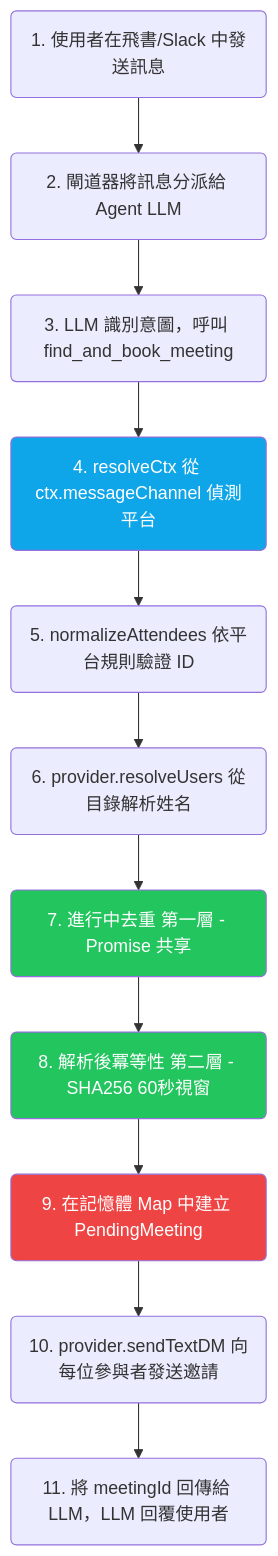
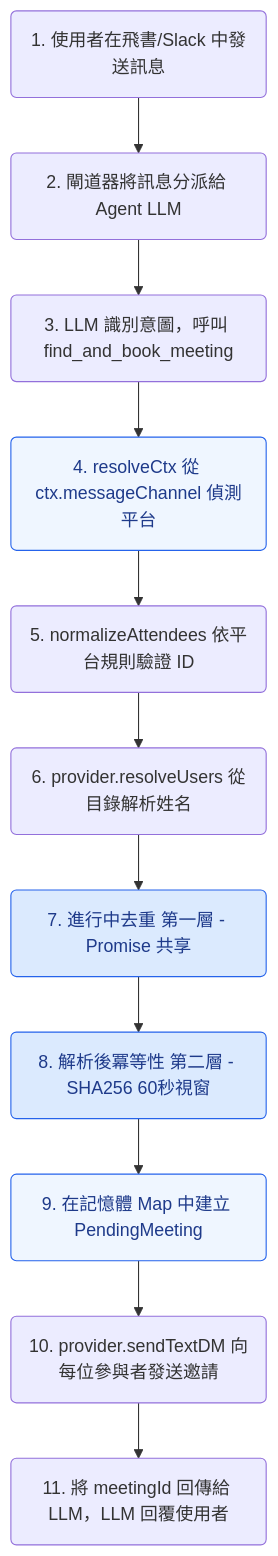
One commit to javana3/claw_meeting_all changed the third of 13 diagrams in README.zh-TW.md. Above: the diagram before and after it, drawn with Mermaid. The commit also changed other lines of this file and 3 other files, not shown here.

````diff
--- a/README.zh-TW.md
+++ b/README.zh-TW.md
@@ -89,18 +89,18 @@
 ```mermaid
 graph TD
     A(1. 使用者在飛書/Slack 中發送訊息) --> B(2. 閘道器將訊息分派給 Agent LLM)
     B --> C(3. LLM 識別意圖，呼叫 find_and_book_meeting)
     C --> D(4. resolveCtx 從 ctx.messageChannel 偵測平台)
     D --> E(5. normalizeAttendees 依平台規則驗證 ID)
     E --> F(6. provider.resolveUsers 從目錄解析姓名)
     F --> G(7. 進行中去重 第一層 - Promise 共享)
     G --> H(8. 解析後冪等性 第二層 - SHA256 60秒視窗)
     H --> I(9. 在記憶體 Map 中建立 PendingMeeting)
     I --> J(10. provider.sendTextDM 向每位參與者發送邀請)
     J --> K(11. 將 meetingId 回傳給 LLM，LLM 回覆使用者)
 
-    style D fill:#0ea5e9,color:#fff
-    style G fill:#22c55e,color:#fff
-    style H fill:#22c55e,color:#fff
-    style I fill:#ef4444,color:#fff
+    style D fill:#eff6ff,stroke:#2563eb,color:#1e3a8a
+    style G fill:#dbeafe,stroke:#2563eb,color:#1e3a8a
+    style H fill:#dbeafe,stroke:#2563eb,color:#1e3a8a
+    style I fill:#eff6ff,stroke:#2563eb,color:#1e3a8a
 ```
````
